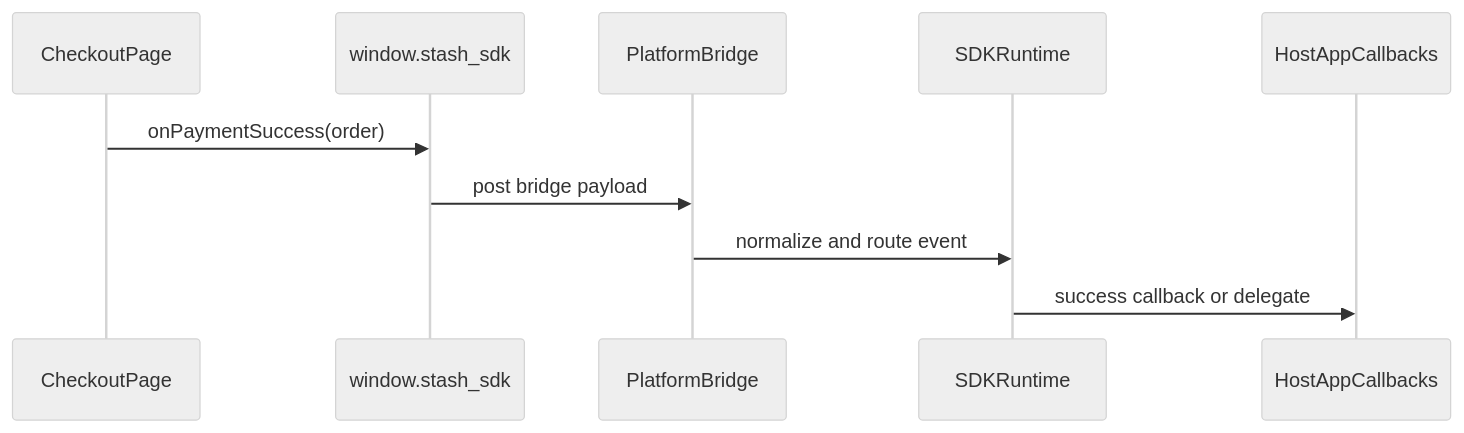
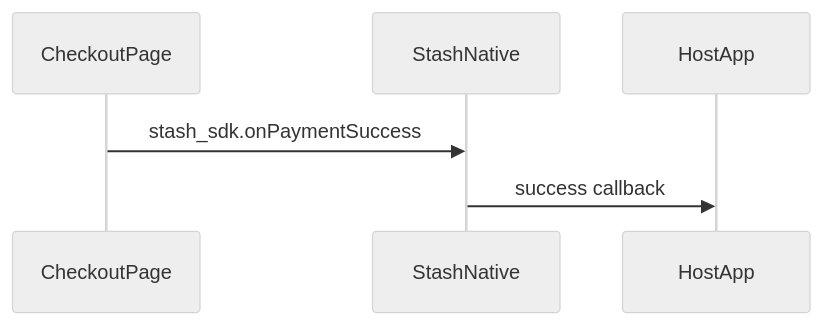
Before and after one commit to stashgg/stash-native: the second of 3 diagrams in docs/architecture-overview.md, drawn with Mermaid (neutral theme). The commit also changed other lines of this file and 6 other files, not shown here.

````diff
--- a/docs/architecture-overview.md
+++ b/docs/architecture-overview.md
@@ -71,13 +80,9 @@
 ```mermaid
 sequenceDiagram
     participant Page as CheckoutPage
-    participant Bridge as window.stash_sdk
-    participant Native as PlatformBridge
-    participant SDK as SDKRuntime
-    participant App as HostAppCallbacks
+    participant Sdk as StashNative
+    participant App as HostApp
 
-    Page->>Bridge: onPaymentSuccess(order)
-    Bridge->>Native: post bridge payload
-    Native->>SDK: normalize and route event
-    SDK->>App: success callback or delegate
+    Page->>Sdk: stash_sdk.onPaymentSuccess
+    Sdk->>App: success callback
 ```
````
